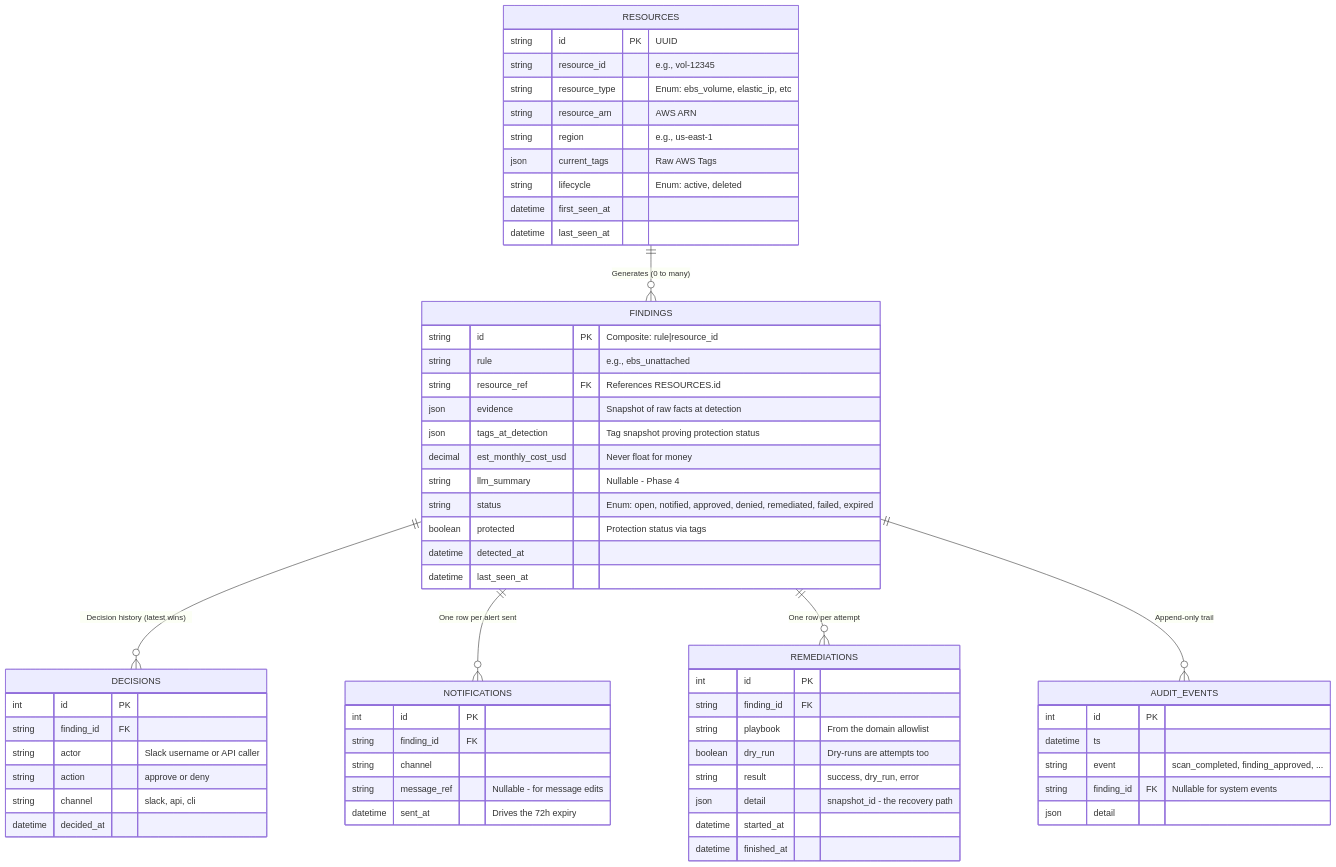
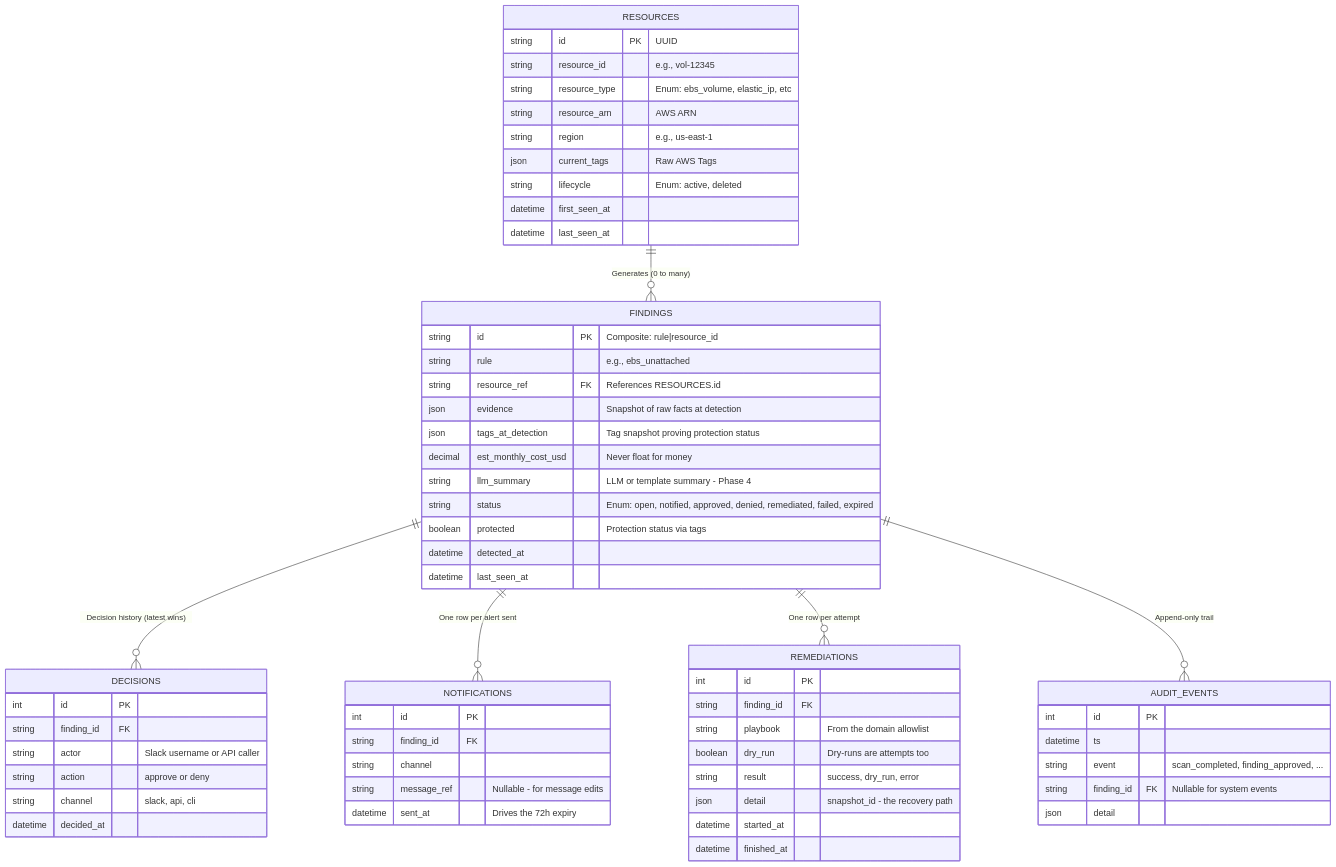
One commit to boazleleina/finops-sentinel changed the second of 2 diagrams in README.md. Above: the diagram before and after it, drawn with Mermaid. The commit also changed other lines of this file and 36 other files, not shown here.

````diff
--- a/README.md
+++ b/README.md
@@ -87,70 +97,70 @@
 ```mermaid
 erDiagram
     RESOURCES {
         string id PK "UUID"
         string resource_id "e.g., vol-12345"
         string resource_type "Enum: ebs_volume, elastic_ip, etc"
         string resource_arn "AWS ARN"
         string region "e.g., us-east-1"
         json current_tags "Raw AWS Tags"
         string lifecycle "Enum: active, deleted"
         datetime first_seen_at
         datetime last_seen_at
     }
 
     FINDINGS {
         string id PK "Composite: rule|resource_id"
         string rule "e.g., ebs_unattached"
         string resource_ref FK "References RESOURCES.id"
         json evidence "Snapshot of raw facts at detection"
         json tags_at_detection "Tag snapshot proving protection status"
         decimal est_monthly_cost_usd "Never float for money"
-        string llm_summary "Nullable - Phase 4"
+        string llm_summary "LLM or template summary - Phase 4"
         string status "Enum: open, notified, approved, denied, remediated, failed, expired"
         boolean protected "Protection status via tags"
         datetime detected_at
         datetime last_seen_at
     }
 
     DECISIONS {
         int id PK
         string finding_id FK
         string actor "Slack username or API caller"
         string action "approve or deny"
         string channel "slack, api, cli"
         datetime decided_at
     }
 
     NOTIFICATIONS {
         int id PK
         string finding_id FK
         string channel
         string message_ref "Nullable - for message edits"
         datetime sent_at "Drives the 72h expiry"
     }
 
     REMEDIATIONS {
         int id PK
         string finding_id FK
         string playbook "From the domain allowlist"
         boolean dry_run "Dry-runs are attempts too"
         string result "success, dry_run, error"
         json detail "snapshot_id - the recovery path"
         datetime started_at
         datetime finished_at
     }
 
     AUDIT_EVENTS {
         int id PK
         datetime ts
         string event "scan_completed, finding_approved, ..."
         string finding_id FK "Nullable for system events"
         json detail
     }
 
     RESOURCES ||--o{ FINDINGS : "Generates (0 to many)"
     FINDINGS ||--o{ DECISIONS : "Decision history (latest wins)"
     FINDINGS ||--o{ NOTIFICATIONS : "One row per alert sent"
     FINDINGS ||--o{ REMEDIATIONS : "One row per attempt"
     FINDINGS ||--o{ AUDIT_EVENTS : "Append-only trail"
 ```
````
